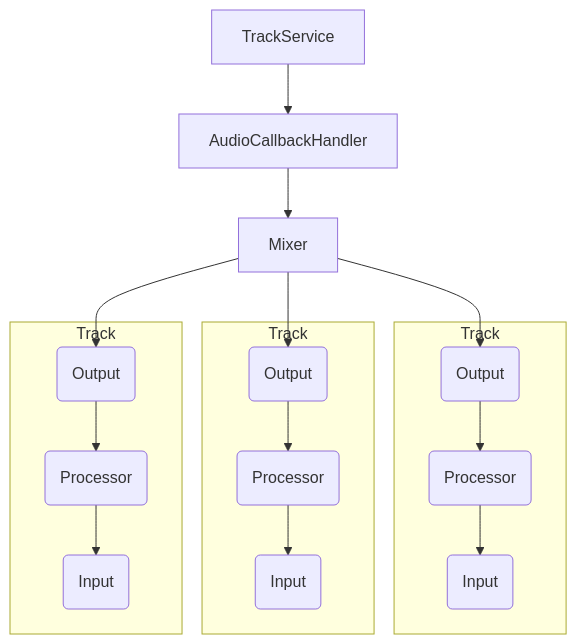
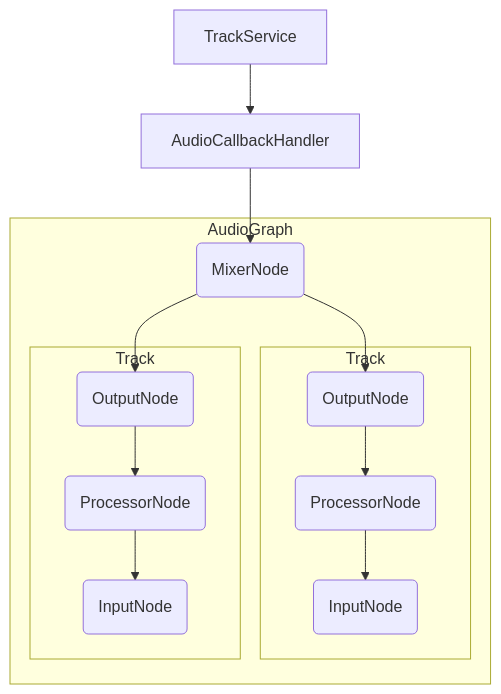
Before and after one commit to aidan-clyens/miniaudioengine: diagram 21 of 25 in docs/DESIGN_DOC.md, drawn with Mermaid. The commit also changed other lines of this file and 1 other file, not shown here.

````diff
--- a/docs/DESIGN_DOC.md
+++ b/docs/DESIGN_DOC.md
@@ -751,24 +838,21 @@
-```mermaid
+```mermaid width=80%
 graph TD
 
     TrackService --> AudioCallbackHandler
-    AudioCallbackHandler --> Mixer
-    Mixer --> OutputNode1("Output")
-    Mixer --> OutputNode2("Output")
-    Mixer --> OutputNode3("Output")
+    AudioCallbackHandler --> Mixer("MixerNode")
 
-    subgraph Track1["Track"]
-        OutputNode1 --> ProcessorNode1("Processor")
-        ProcessorNode1 --> InputNode1("Input")
-    end
+    subgraph AudioGraph
+        Mixer --> OutputNode1("OutputNode")
+        Mixer --> OutputNode2("OutputNode")
 
-    subgraph Track2["Track"]
-        OutputNode2 --> ProcessorNode2("Processor")
-        ProcessorNode2 --> InputNode2("Input")
-    end
+        subgraph Track1["Track"]
+            OutputNode1 --> ProcessorNode1("ProcessorNode")
+            ProcessorNode1 --> InputNode1("InputNode")
+        end
 
-    subgraph Track3["Track"]
-        OutputNode3 --> ProcessorNode3("Processor")
-        ProcessorNode3 --> InputNode3("Input")
+        subgraph Track2["Track"]
+            OutputNode2 --> ProcessorNode2("ProcessorNode")
+            ProcessorNode2 --> InputNode2("InputNode")
+        end
     end
 ```
````
